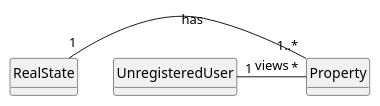
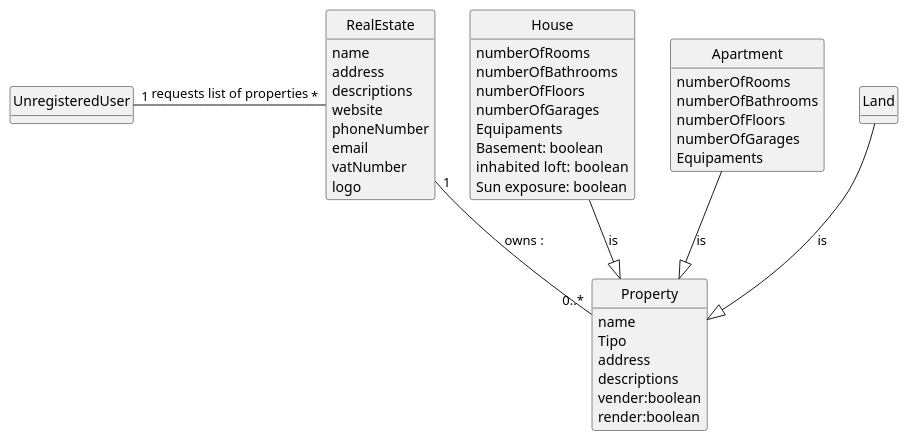
Before and after one commit to hugosilva2901/lei-22-s2-1DO-g68: the diagram in lei-22-s2-1do-g68/docs/sprintA/us001/02.analysis/puml/us001-domain-model.puml, drawn with PlantUML. The commit also changed 1 other file, not shown here.

```diff
--- a/lei-22-s2-1do-g68/docs/sprintA/us001/02.analysis/puml/us001-domain-model.puml
+++ b/lei-22-s2-1do-g68/docs/sprintA/us001/02.analysis/puml/us001-domain-model.puml
@@ -1,20 +1,60 @@
 @startuml
 skinparam monochrome true
 skinparam packageStyle rectangle
 skinparam shadowing false
 top to bottom direction
 
 skinparam classAttributeIconSize 0
 
 hide circle
 hide methods
 
+class RealEstate {
+    name
+    address
+    descriptions
+    website
+    phoneNumber
+    email
+    vatNumber
+    logo
+}
+class House{
+    numberOfRooms
+    numberOfBathrooms
+    numberOfFloors
+    numberOfGarages
+    Equipaments
+    Basement: boolean
+    inhabited  loft: boolean
+    Sun exposure: boolean
+}
+class Apartment{
+    numberOfRooms
+    numberOfBathrooms
+    numberOfFloors
+    numberOfGarages
+    Equipaments
+
+}
+class Land{
+}
+abstract class Property {
+    name
+    Tipo
+    address
+    descriptions
+    vender:boolean
+    render:boolean
+}
 
 class UnregisteredUser {}
 'is a user that has not yet registered
-class RealState{}
 class Property{}
 
-RealState "1" - "1..*" Property: has
-UnregisteredUser "1" - "*" Property: views
+House  --|>  Property  : is
+Apartment  --|>  Property : is
+Land  --|>  Property : is
+RealEstate "1"--"0..*" Property: owns :
+UnregisteredUser "1" - "*" RealEstate: requests list of properties
 @enduml
```
